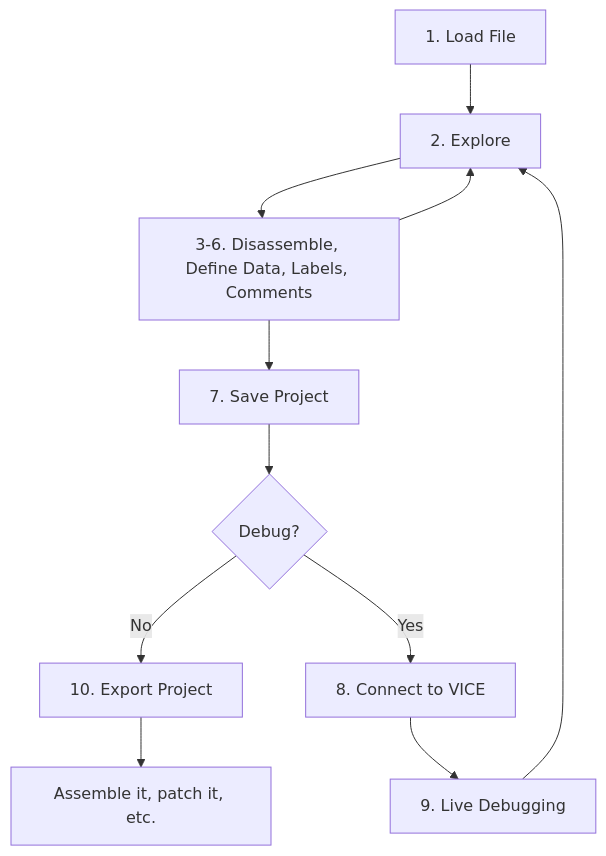
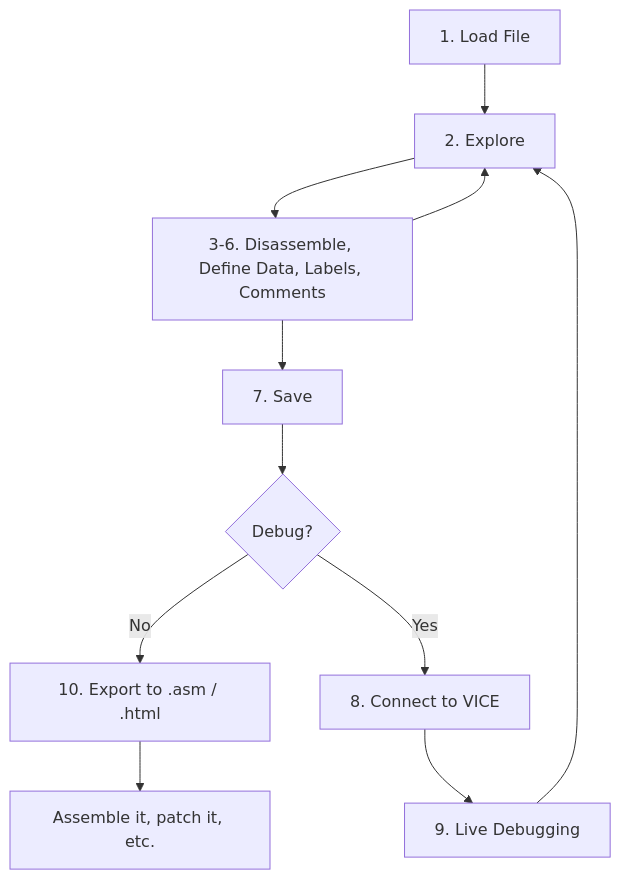
One commit to ricardoquesada/regenerator2000 changed the diagram in docs/index.md. Above: the diagram before and after it, drawn with Mermaid. The commit also changed other lines of this file and 21 other files, not shown here.

````diff
--- a/docs/index.md
+++ b/docs/index.md
@@ -111,13 +115,13 @@
 ```mermaid
 flowchart TD
     S1[1. Load File] --> S2[2. Explore]
     S2 --> S3[3-6. Disassemble, Define Data, Labels, Comments]
-    S3 --> S7[7. Save Project]
+    S3 --> S7[7. Save]
     S3 --> S2
     S7 --> Q{Debug?}
-    Q -- No --> S10[10. Export Project]
+    Q -- No --> S10[10. Export to .asm / .html]
     Q -- Yes --> S8[8. Connect to VICE]
     S8 --> S9[9. Live Debugging]
     S9 --> S2
     S10 --> Done[Assemble it, patch it, etc.]
 ```
````
